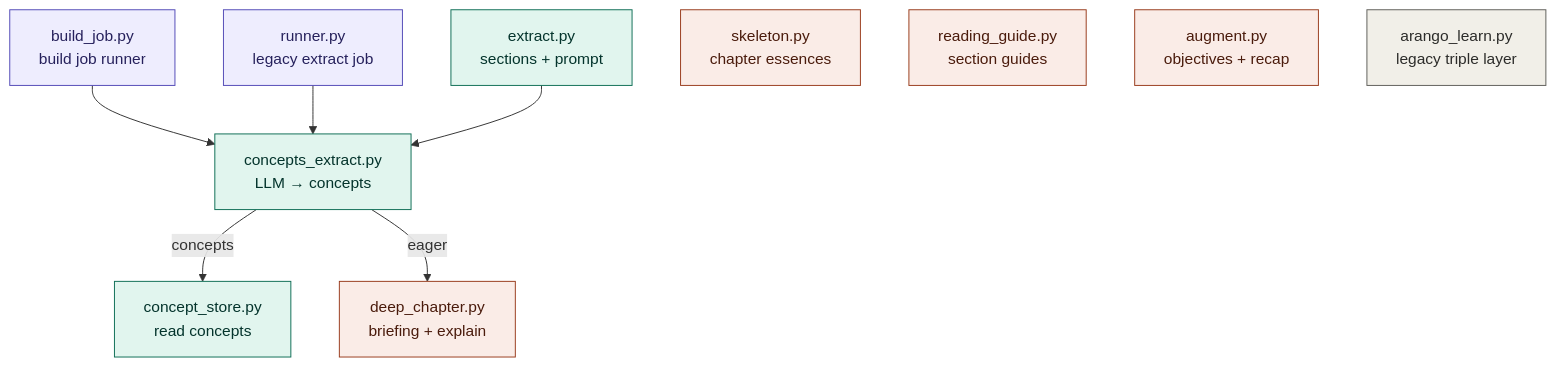
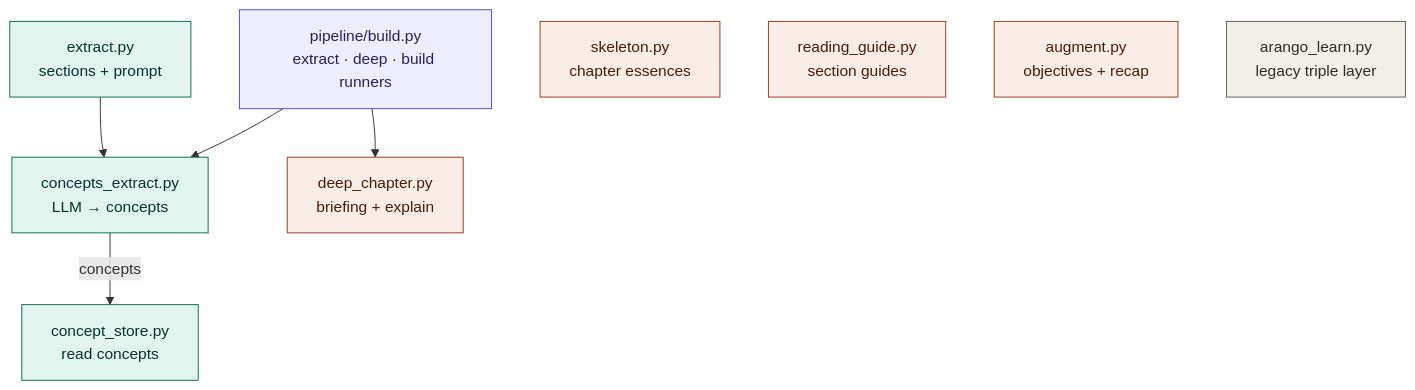
One commit to Aiden-Ferrante/learnhub-core changed the fourth of 4 diagrams in MAP.md. Above: the diagram before and after it, drawn with Mermaid. The commit also changed other lines of this file and 2 other files, not shown here.

First line of the commit message:
docs: reflect the pipeline conductor in MAP.md + ARCHITECTURE.md

````diff
--- a/MAP.md
+++ b/MAP.md
@@ -323,39 +331,36 @@
 ```mermaid
 flowchart TD
-  build["build_job.py<br/>build job runner"]
-  runner["runner.py<br/>legacy extract job"]
+  build["pipeline/build.py<br/>extract · deep · build runners"]
   extract["extract.py<br/>sections + prompt"]
   concepts["concepts_extract.py<br/>LLM → concepts"]
   store["concept_store.py<br/>read concepts"]
   deep["deep_chapter.py<br/>briefing + explain"]
   skeleton["skeleton.py<br/>chapter essences"]
   guide["reading_guide.py<br/>section guides"]
   augment["augment.py<br/>objectives + recap"]
   legacy["arango_learn.py<br/>legacy triple layer"]
 
   build --> concepts
-  runner --> concepts
+  build --> deep
   extract --> concepts
   concepts -->|concepts| store
-  concepts -->|eager| deep
 
   classDef trig fill:#EEEDFE,stroke:#534AB7,color:#26215C;
   classDef core fill:#E1F5EE,stroke:#0F6E56,color:#04342C;
   classDef pass fill:#FAECE7,stroke:#993C1D,color:#4A1B0C;
   classDef old fill:#F1EFE8,stroke:#5F5E5A,color:#2C2C2A;
-  class build,runner trig;
+  class build trig;
   class extract,concepts,store core;
   class deep,skeleton,guide,augment pass;
   class legacy old;
 
-  click build "https://github.com/Aiden-Ferrante/learnhub/blob/main/backend/app/extraction/build_job.py"
-  click runner "https://github.com/Aiden-Ferrante/learnhub/blob/main/backend/app/extraction/runner.py"
+  click build "https://github.com/Aiden-Ferrante/learnhub/blob/main/backend/app/pipeline/build.py"
   click extract "https://github.com/Aiden-Ferrante/learnhub/blob/main/backend/app/extraction/extract.py"
   click concepts "https://github.com/Aiden-Ferrante/learnhub/blob/main/backend/app/extraction/concepts_extract.py"
   click store "https://github.com/Aiden-Ferrante/learnhub/blob/main/backend/app/extraction/concept_store.py"
   click deep "https://github.com/Aiden-Ferrante/learnhub/blob/main/backend/app/extraction/deep_chapter.py"
   click skeleton "https://github.com/Aiden-Ferrante/learnhub/blob/main/backend/app/extraction/skeleton.py"
   click guide "https://github.com/Aiden-Ferrante/learnhub/blob/main/backend/app/extraction/reading_guide.py"
   click augment "https://github.com/Aiden-Ferrante/learnhub/blob/main/backend/app/extraction/augment.py"
   click legacy "https://github.com/Aiden-Ferrante/learnhub/blob/main/backend/app/extraction/arango_learn.py"
 ```
````
